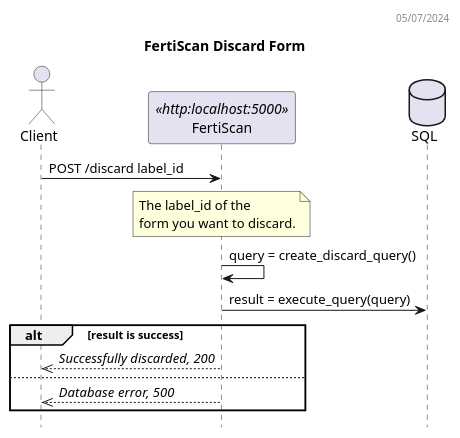
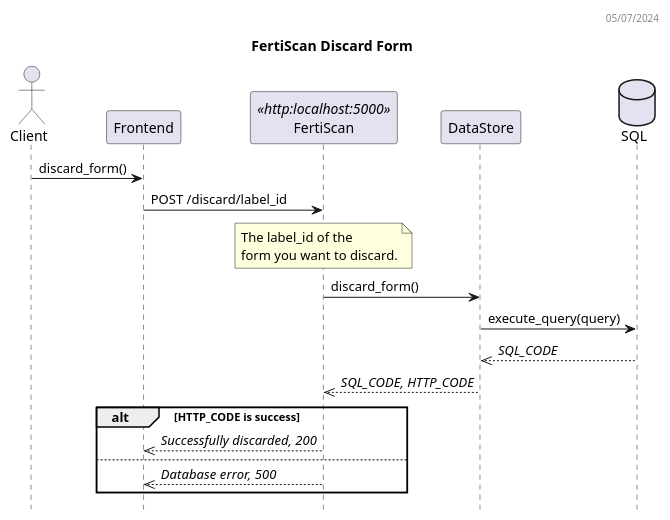
The diagram in docs/discard_dss.puml (ai-cfia/fertiscan-backend), drawn with PlantUML before and after one commit. The commit also changed 5 other files, not shown here.

```diff
--- a/docs/discard_dss.puml
+++ b/docs/discard_dss.puml
@@ -1,25 +1,30 @@
 @startuml FertiScan Sequence Diagram
 header 05/07/2024
 
 title FertiScan Discard Form
 hide empty members
 hide footbox
 
 actor "Client" as C
-participant FertiScan as F <<http:localhost:5000>>
+participant Frontend as FE
+participant FertiScan as BE <<http:localhost:5000>>
+participant DataStore as DS
 database SQL as DB
 
-C -> F: POST /discard label_id
-note over F
+C -> FE: discard_form()
+FE -> BE: POST /discard/label_id
+note over BE
   The label_id of the
   form you want to discard.
 end note
-F -> F: query = create_discard_query()
-F -> DB: result = execute_query(query)
-alt result is success
-  C <<-- F: //Successfully discarded, 200//
+BE -> DS: discard_form() 
+DS -> DB: execute_query(query)
+DS <<-- DB: //SQL_CODE//
+BE <<-- DS: //SQL_CODE, HTTP_CODE//
+alt HTTP_CODE is success
+  FE <<-- BE: //Successfully discarded, 200//
 else
-  C <<-- F: //Database error, 500//
+  FE <<-- BE: //Database error, 500//
 end
 
 @enduml
```
